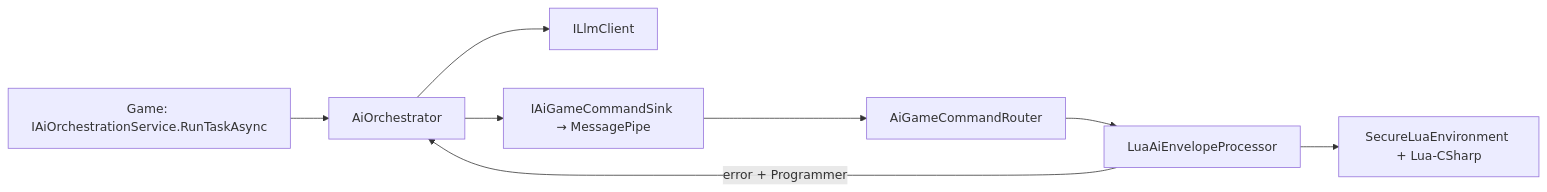
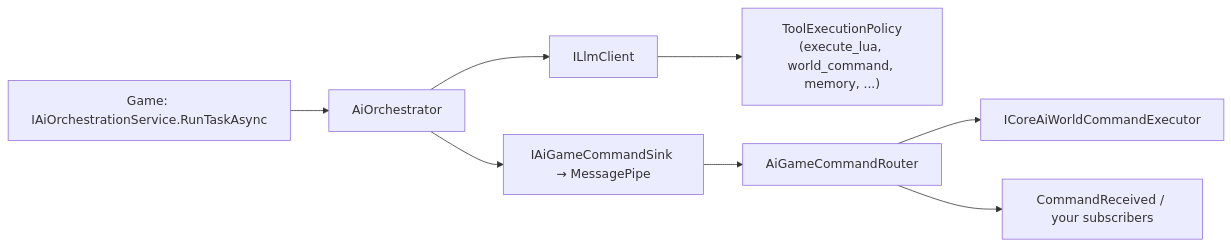
Before and after one commit to NeoXider/CoreAI: the diagram in Assets/CoreAiUnity/Docs/DEVELOPER_GUIDE.md, drawn with Mermaid. The commit also changed other lines of this file and 180 other files, not shown here.

````diff
--- a/Assets/CoreAiUnity/Docs/DEVELOPER_GUIDE.md
+++ b/Assets/CoreAiUnity/Docs/DEVELOPER_GUIDE.md
@@ -144,17 +145,18 @@
 ```mermaid
 flowchart LR
   Game["Game: IAiOrchestrationService.RunTaskAsync"]
   Orch["AiOrchestrator"]
   LLM["ILlmClient"]
+  Tools["ToolExecutionPolicy<br/>(execute_lua, world_command, memory, ...)"]
   Sink["IAiGameCommandSink → MessagePipe"]
   Router["AiGameCommandRouter"]
-  LuaP["LuaAiEnvelopeProcessor"]
-  Lua["SecureLuaEnvironment + Lua-CSharp"]
+  World["ICoreAiWorldCommandExecutor"]
+  Subs["CommandReceived / your subscribers"]
   Game --> Orch
   Orch --> LLM
+  LLM --> Tools
   Orch --> Sink
   Sink --> Router
-  Router --> LuaP
-  LuaP --> Lua
-  LuaP -->|"error + Programmer"| Orch
+  Router --> World
+  Router --> Subs
 ```
````
